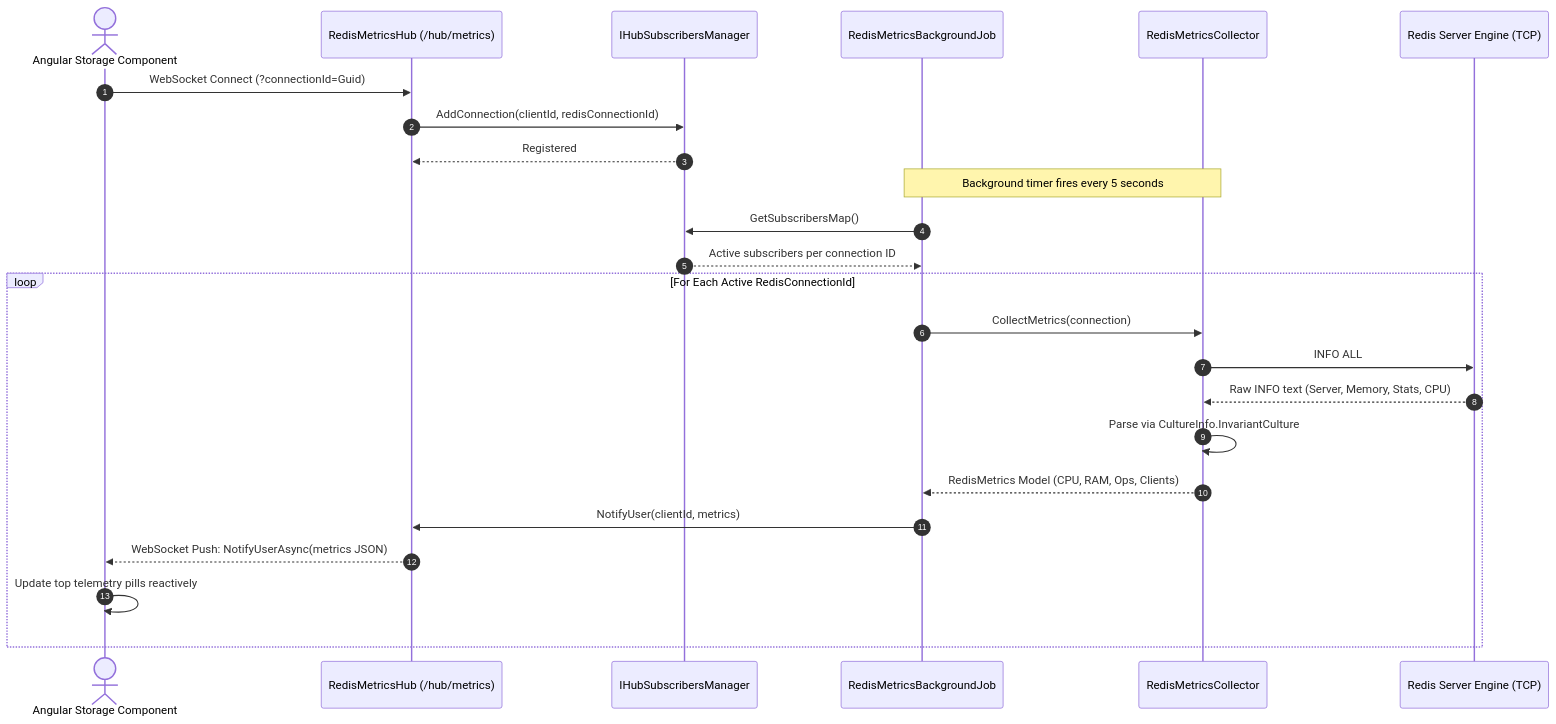
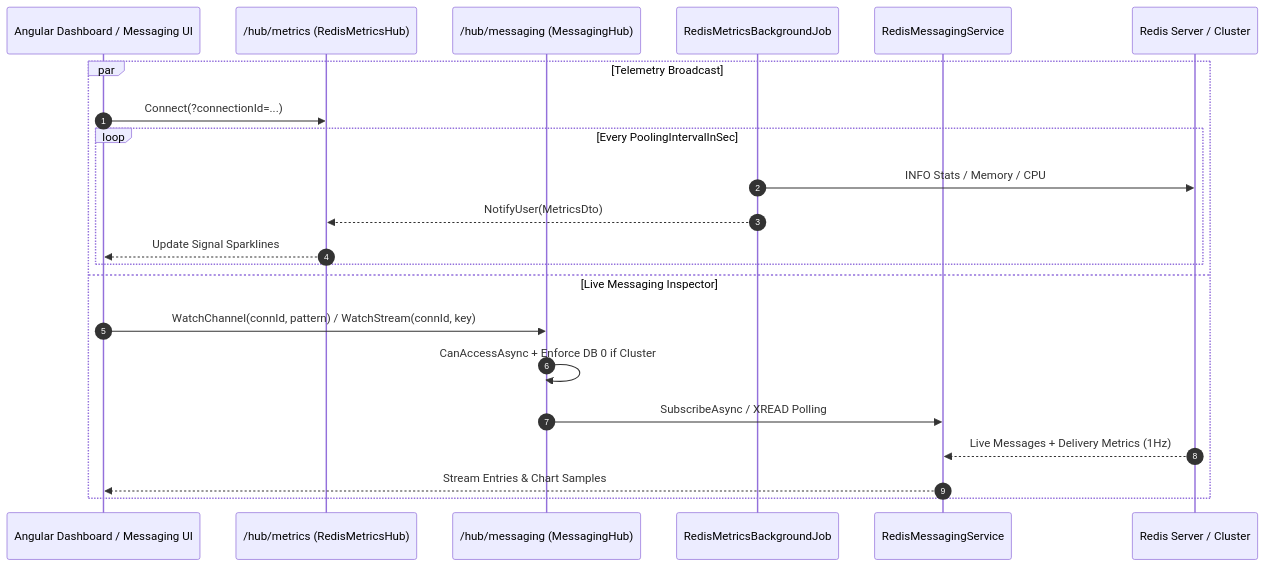
The seventh of 7 diagrams in docs/diagrams.md (dellik95/redis-gui), drawn with Mermaid before and after one commit. The commit also changed other lines of this file and 232 other files, not shown here.

Commit message:
Refactor shared auth/connection guards, fix binary key GET identity, and update docs, landing page, and screenshots

````diff
--- a/docs/diagrams.md
+++ b/docs/diagrams.md
@@ -189,29 +246,25 @@
 ```mermaid
 sequenceDiagram
     autonumber
-    actor Client as Angular Storage Component
-    participant Hub as RedisMetricsHub (/hub/metrics)
-    participant SubMgr as IHubSubscribersManager
-    participant BgJob as RedisMetricsBackgroundJob
-    participant Collector as RedisMetricsCollector
-    participant Redis as Redis Server Engine (TCP)
+    participant Client as Angular Dashboard / Messaging UI
+    participant MetricsHub as /hub/metrics (RedisMetricsHub)
+    participant MsgHub as /hub/messaging (MessagingHub)
+    participant MetricsJob as RedisMetricsBackgroundJob
+    participant MsgSvc as RedisMessagingService
+    participant Redis as Redis Server / Cluster
 
-    Client->>Hub: WebSocket Connect (?connectionId=Guid)
-    Hub->>SubMgr: AddConnection(clientId, redisConnectionId)
-    SubMgr-->>Hub: Registered
-
-    Note over BgJob,Collector: Background timer fires every 5 seconds
-    BgJob->>SubMgr: GetSubscribersMap()
-    SubMgr-->>BgJob: Active subscribers per connection ID
-
-    loop For Each Active RedisConnectionId
-        BgJob->>Collector: CollectMetrics(connection)
-        Collector->>Redis: INFO ALL
-        Redis-->>Collector: Raw INFO text (Server, Memory, Stats, CPU)
-        Collector->>Collector: Parse via CultureInfo.InvariantCulture
-        Collector-->>BgJob: RedisMetrics Model (CPU, RAM, Ops, Clients)
-        BgJob->>Hub: NotifyUser(clientId, metrics)
-        Hub-->>Client: WebSocket Push: NotifyUserAsync(metrics JSON)
-        Client->>Client: Update top telemetry pills reactively
+    par Telemetry Broadcast
+        Client->>MetricsHub: Connect(?connectionId=...)
+        loop Every PoolingIntervalInSec
+            MetricsJob->>Redis: INFO Stats / Memory / CPU
+            MetricsJob-->>MetricsHub: NotifyUser(MetricsDto)
+            MetricsHub-->>Client: Update Signal Sparklines
+        end
+    and Live Messaging Inspector
+        Client->>MsgHub: WatchChannel(connId, pattern) / WatchStream(connId, key)
+        MsgHub->>MsgHub: CanAccessAsync + Enforce DB 0 if Cluster
+        MsgHub->>MsgSvc: SubscribeAsync / XREAD Polling
+        Redis-->>MsgSvc: Live Messages + Delivery Metrics (1Hz)
+        MsgSvc-->>Client: Stream Entries & Chart Samples
     end
 ```
````
